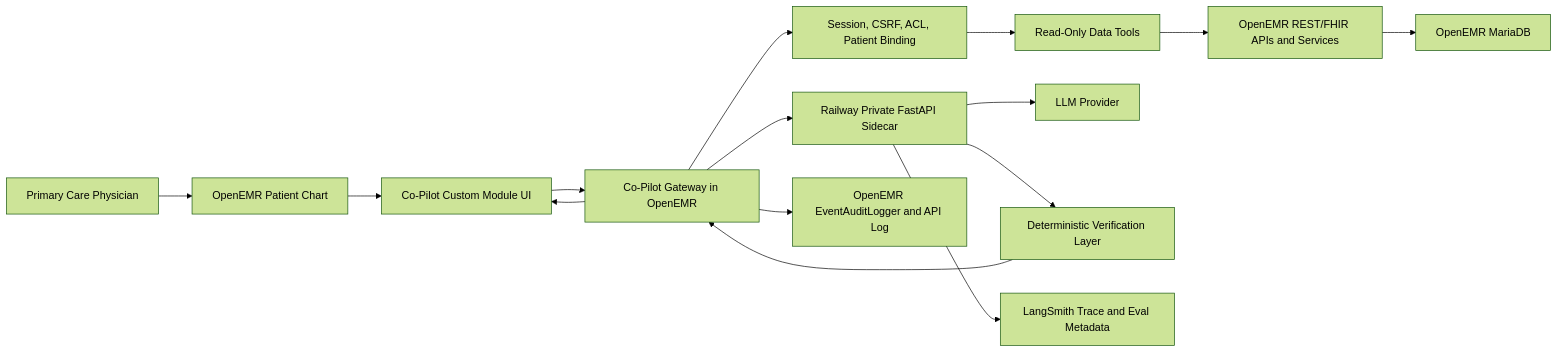
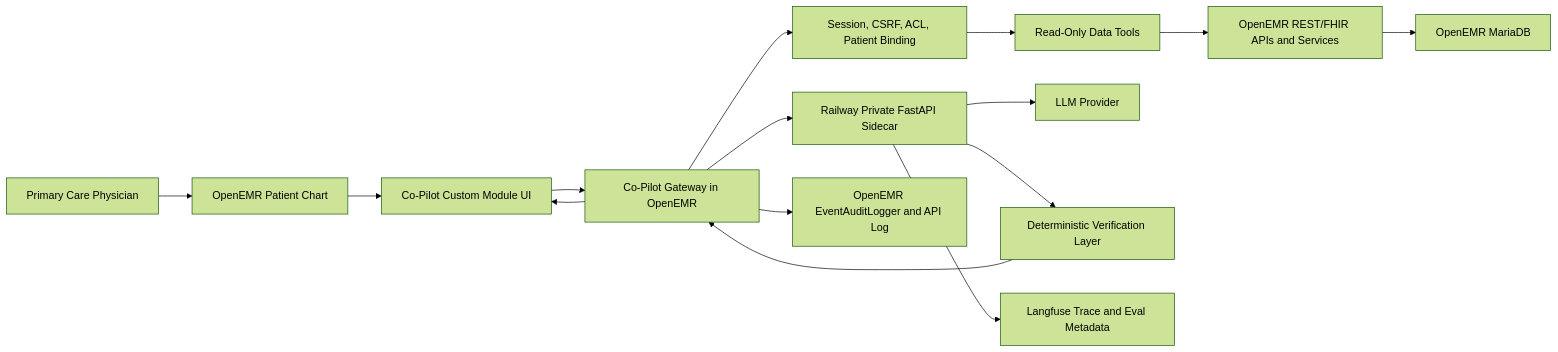
The diagram in ARCHITECTURE.md (royharden/openemr), drawn with Mermaid (forest theme) before and after one commit. The commit also changed other lines of this file and 3 other files, not shown here.

````diff
--- a/ARCHITECTURE.md
+++ b/ARCHITECTURE.md
@@ -57,17 +57,17 @@
 ```mermaid
 flowchart LR
     Physician["Primary Care Physician"] --> Chart["OpenEMR Patient Chart"]
     Chart --> Module["Co-Pilot Custom Module UI"]
     Module --> Gateway["Co-Pilot Gateway in OpenEMR"]
     Gateway --> Auth["Session, CSRF, ACL, Patient Binding"]
     Auth --> Tools["Read-Only Data Tools"]
     Tools --> APIs["OpenEMR REST/FHIR APIs and Services"]
     APIs --> DB["OpenEMR MariaDB"]
     Gateway --> Sidecar["Railway Private FastAPI Sidecar"]
     Sidecar --> LLM["LLM Provider"]
     Sidecar --> Verifier["Deterministic Verification Layer"]
     Verifier --> Gateway
     Gateway --> Module
     Gateway --> Audit["OpenEMR EventAuditLogger and API Log"]
-    Sidecar --> Obs["LangSmith Trace and Eval Metadata"]
+    Sidecar --> Obs["Langfuse Trace and Eval Metadata"]
 ```
````
